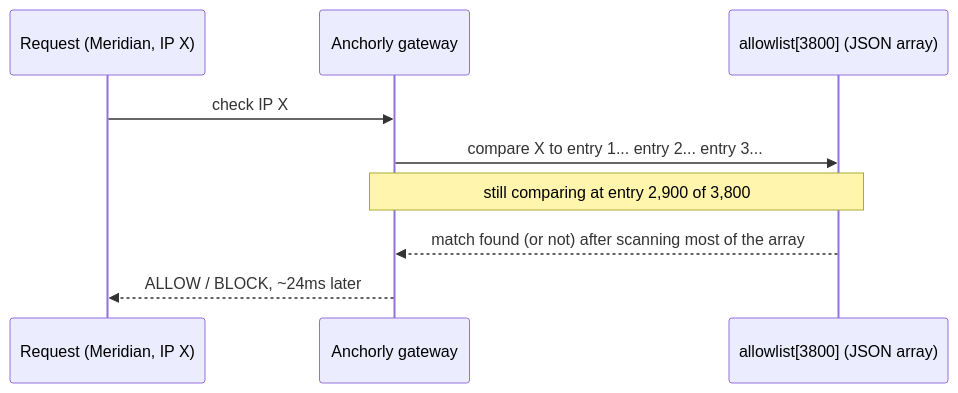
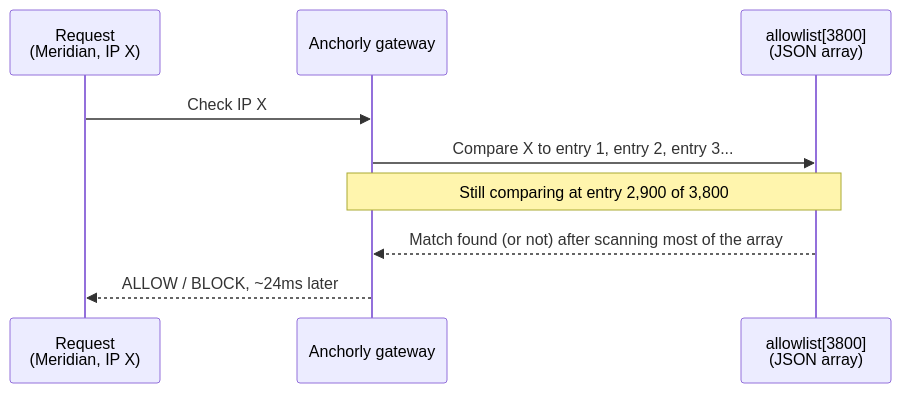
One commit to riyaz-pasha/Learnings changed the first of 14 diagrams in system-design/HLD/0-course/46-Design-an-IP-Allowlist-Blocklist-Service-FAANG-Guide-story.md. Above: the diagram before and after it, drawn with Mermaid. The commit also changed other lines of this file and 1 other file, not shown here.

Commit message:
[REWRITE] IP Allowlist Blocklist Service story guide: simplify prose, add structure, fix diagrams

````diff
--- a/system-design/HLD/0-course/46-Design-an-IP-Allowlist-Blocklist-Service-FAANG-Guide-story.md
+++ b/system-design/HLD/0-course/46-Design-an-IP-Allowlist-Blocklist-Service-FAANG-Guide-story.md
@@ -15,12 +68,12 @@
 ```mermaid
 sequenceDiagram
-    participant Req as Request (Meridian, IP X)
+    participant Req as Request<br/>(Meridian, IP X)
     participant Gate as Anchorly gateway
-    participant List as allowlist[3800] (JSON array)
+    participant List as allowlist[3800]<br/>(JSON array)
 
-    Req->>Gate: check IP X
-    Gate->>List: compare X to entry 1... entry 2... entry 3...
-    Note over Gate,List: still comparing at entry 2,900 of 3,800
-    List-->>Gate: match found (or not) after scanning most of the array
+    Req->>Gate: Check IP X
+    Gate->>List: Compare X to entry 1, entry 2, entry 3...
+    Note over Gate,List: Still comparing at entry 2,900 of 3,800
+    List-->>Gate: Match found (or not) after scanning most of the array
     Gate-->>Req: ALLOW / BLOCK, ~24ms later
 ```
````
